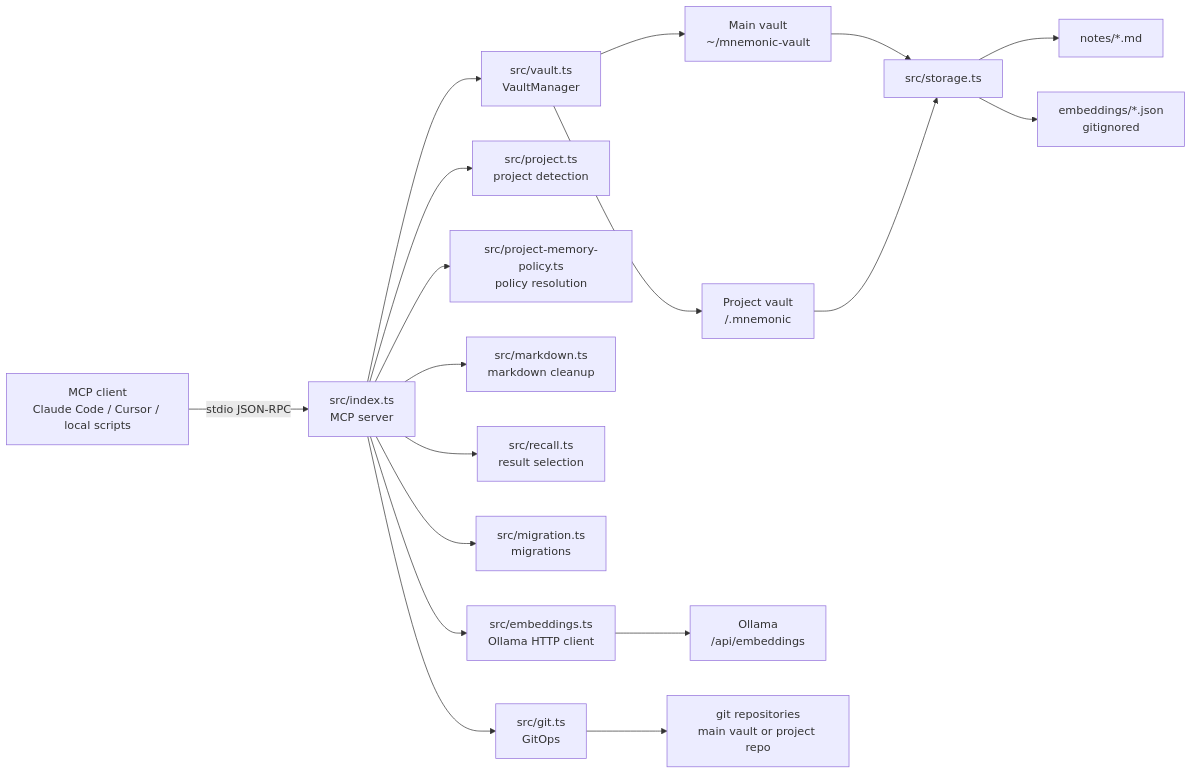
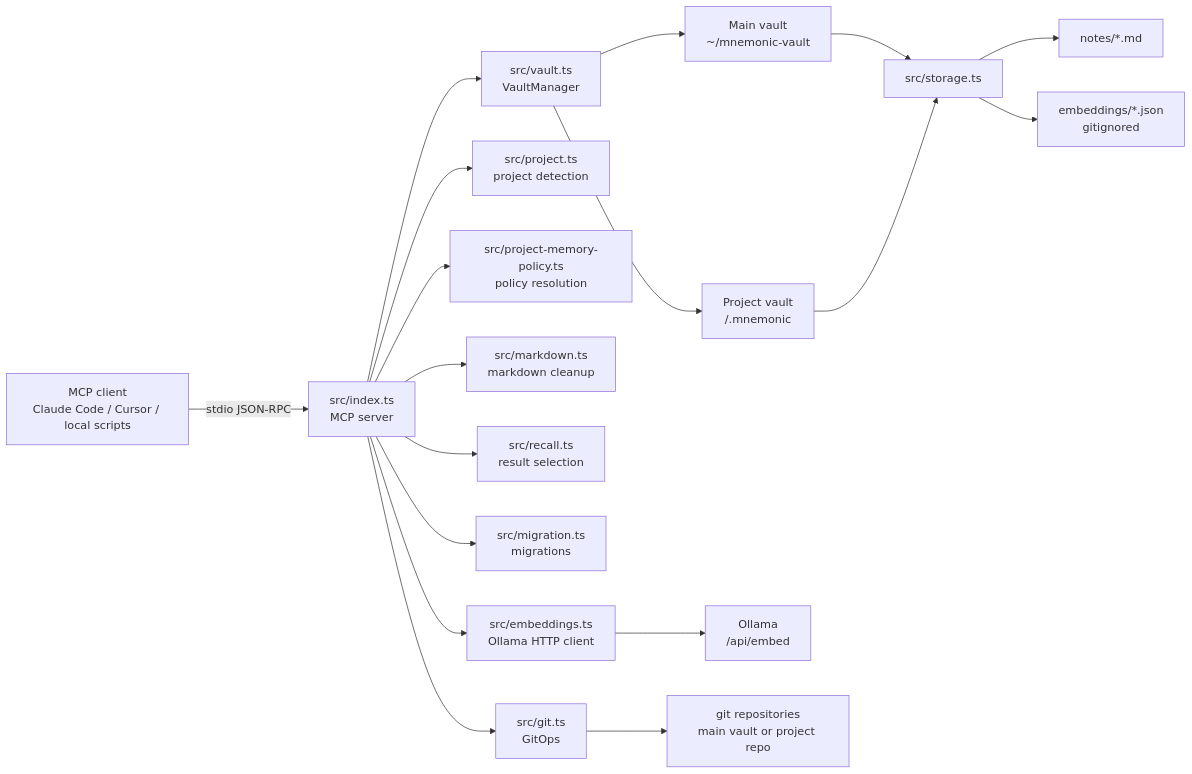
Before and after one commit to danielmarbach/mnemonic: the first of 3 diagrams in ARCHITECTURE.md, drawn with Mermaid. The commit also changed 7 other files, not shown here.

````diff
--- a/ARCHITECTURE.md
+++ b/ARCHITECTURE.md
@@ -42,24 +42,24 @@
 ```mermaid
 flowchart LR
     Client[MCP client\nClaude Code / Cursor / local scripts] -->|stdio JSON-RPC| Server[src/index.ts\nMCP server]
     Server --> VaultManager[src/vault.ts\nVaultManager]
     Server --> Project[src/project.ts\nproject detection]
     Server --> Policy[src/project-memory-policy.ts\npolicy resolution]
     Server --> Markdown[src/markdown.ts\nmarkdown cleanup]
     Server --> Recall[src/recall.ts\nresult selection]
     Server --> Migration[src/migration.ts\nmigrations]
 
     VaultManager --> MainVault[Main vault\n~/mnemonic-vault]
     VaultManager --> ProjectVault[Project vault\n<git-root>/.mnemonic]
 
     MainVault --> Storage[src/storage.ts]
     ProjectVault --> Storage
     Storage --> Notes[notes/*.md]
     Storage --> Embeddings[embeddings/*.json\n gitignored]
 
     Server --> Embeds[src/embeddings.ts\nOllama HTTP client]
-    Embeds --> Ollama[Ollama\n/api/embeddings]
+    Embeds --> Ollama[Ollama\n/api/embed]
 
     Server --> Git[src/git.ts\nGitOps]
     Git --> GitRepo[git repositories\nmain vault or project repo]
 ```
````
